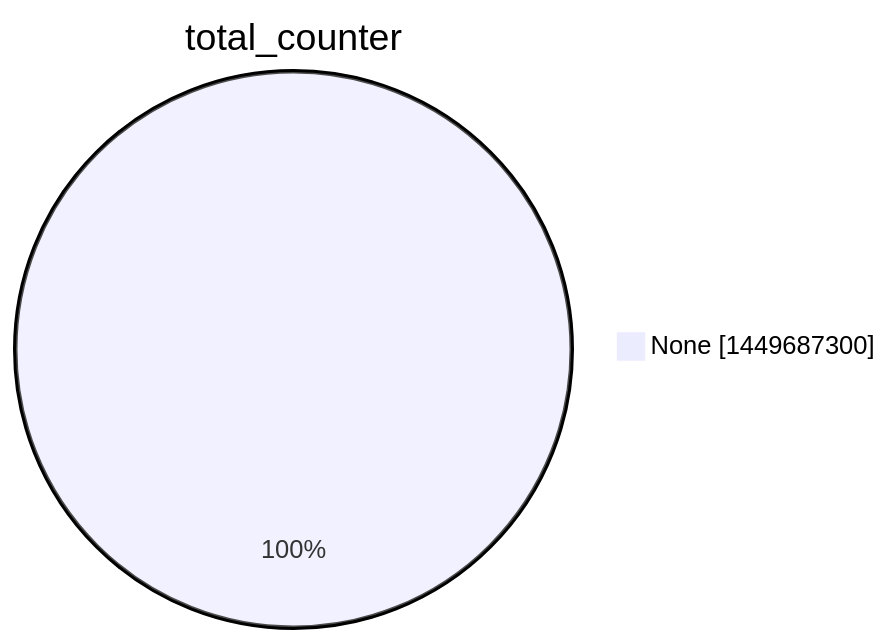
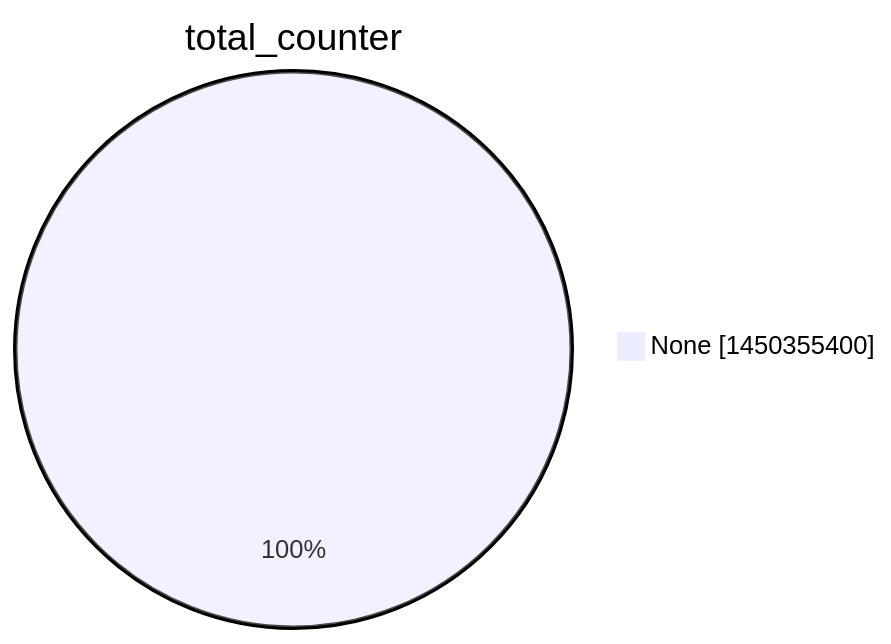
The second of 15 diagrams in argon2022/README.md (christiankrug/ctmonitor_visualization), drawn with Mermaid before and after one commit. The commit also changed other lines of this file, not shown here.

````diff
--- a/argon2022/README.md
+++ b/argon2022/README.md
@@ -9,5 +9,5 @@
 ```mermaid
 pie showData
 title total_counter
-"None" :1449687300
+"None" :1450355400
 ```
````
